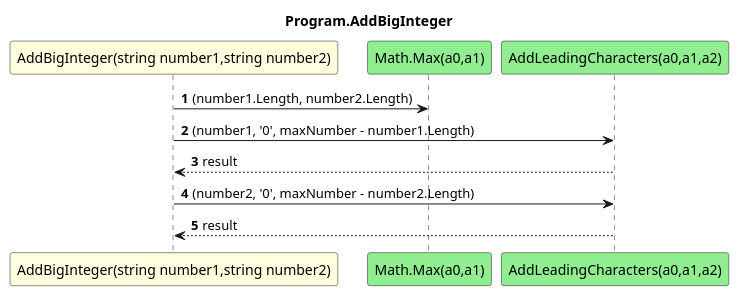
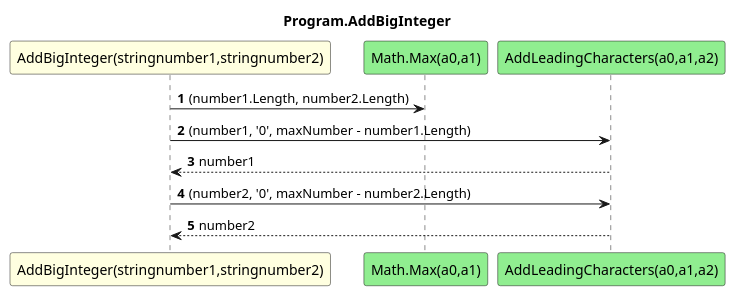
The diagram in AddBigInteger.ConApp/diagrams/sq_Program_AddBigInteger.puml (leoggehrer/2324-34_ABIF_ACIF_POSE), drawn with PlantUML before and after one commit. The commit also changed 810 other files, not shown here.

```diff
--- a/AddBigInteger.ConApp/diagrams/sq_Program_AddBigInteger.puml
+++ b/AddBigInteger.ConApp/diagrams/sq_Program_AddBigInteger.puml
@@ -1,12 +1,12 @@
 @startuml Program.AddBigInteger
 title Program.AddBigInteger
-participant "AddBigInteger(string number1,string number2)" as AddBigInteger_p0_p1 #LightYellow
+participant "AddBigInteger(stringnumber1,stringnumber2)" as AddBigInteger_p0_p1 #LightYellow
 participant "Math.Max(a0,a1)" as Math_Max_a0_a1 #LightGreen
 participant "AddLeadingCharacters(a0,a1,a2)" as AddLeadingCharacters_a0_a1_a2 #LightGreen
 autonumber
 AddBigInteger_p0_p1 -> Math_Max_a0_a1 : (number1.Length, number2.Length)
 AddBigInteger_p0_p1 -> AddLeadingCharacters_a0_a1_a2 : (number1, '0', maxNumber - number1.Length)
-AddLeadingCharacters_a0_a1_a2 --> AddBigInteger_p0_p1 : result
+AddLeadingCharacters_a0_a1_a2 --> AddBigInteger_p0_p1 : number1
 AddBigInteger_p0_p1 -> AddLeadingCharacters_a0_a1_a2 : (number2, '0', maxNumber - number2.Length)
-AddLeadingCharacters_a0_a1_a2 --> AddBigInteger_p0_p1 : result
+AddLeadingCharacters_a0_a1_a2 --> AddBigInteger_p0_p1 : number2
 @enduml
```
